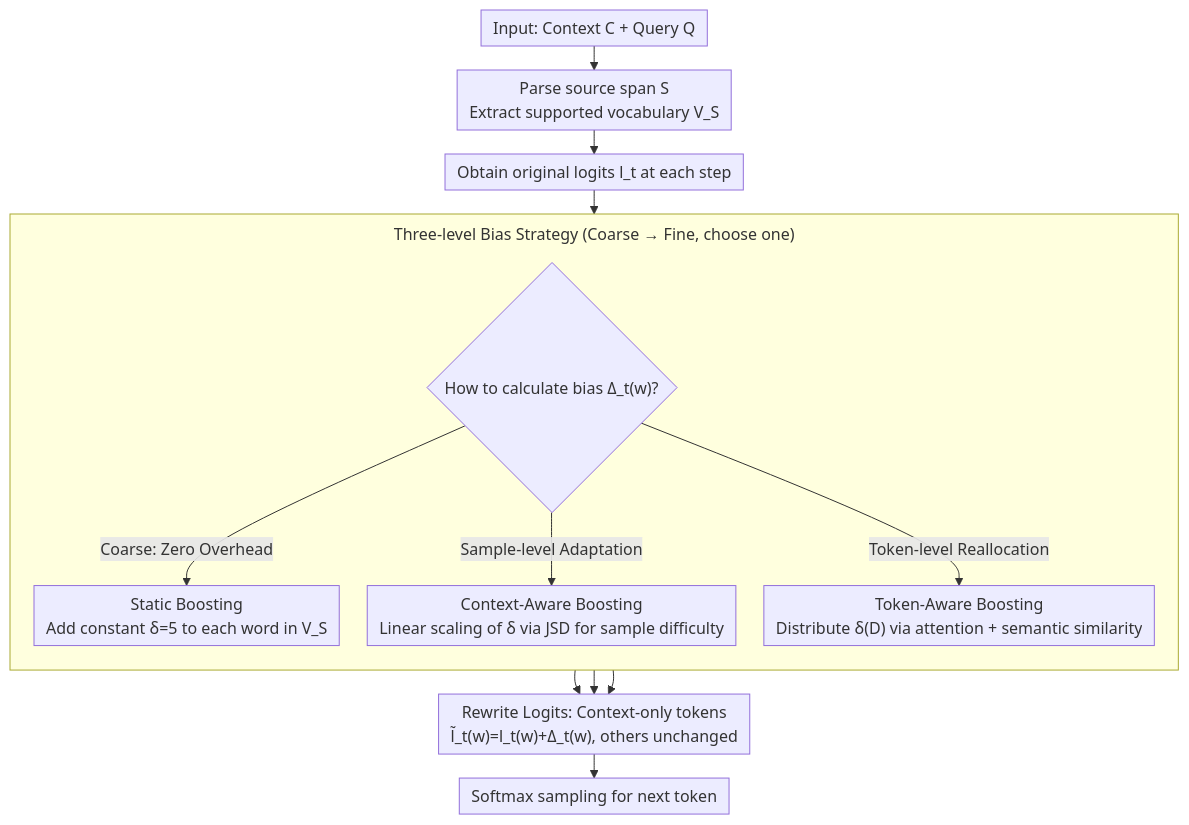
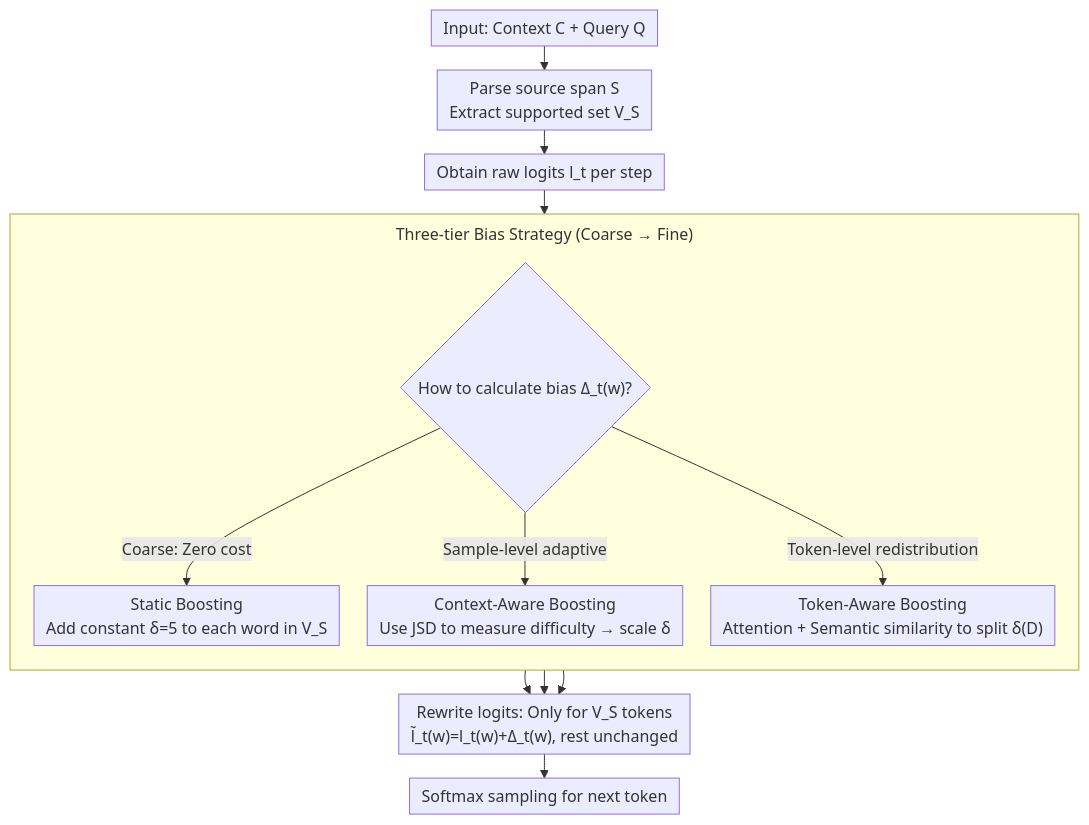
Before and after one commit to zhaoyang97/Paper-Notes-en: the diagram in docs/ACL2026/llm_safety/context-fidelity_boosting_enhancing_faithful_generation_through_watermark-inspir.md, drawn with Mermaid. The commit also changed other lines of this file and 5084 other files, not shown here.

````diff
--- a/docs/ACL2026/llm_safety/context-fidelity_boosting_enhancing_faithful_generation_through_watermark-inspir.md
+++ b/docs/ACL2026/llm_safety/context-fidelity_boosting_enhancing_faithful_generation_through_watermark-inspir.md
@@ -47,17 +47,17 @@
 ```mermaid
 %%{init: {'flowchart': {'rankSpacing': 24, 'nodeSpacing': 28, 'padding': 6, 'wrappingWidth': 400, 'subGraphTitleMargin': {'top': 8, 'bottom': 16}}}}%%
 flowchart TD
-    A["Input: Context C + Query Q"] --> B["Parse source span S<br/>Extract supported vocabulary V_S"]
-    B --> C["Obtain original logits l_t at each step"]
+    A["Input: Context C + Query Q"] --> B["Parse source span S<br/>Extract supported set V_S"]
+    B --> C["Obtain raw logits l_t per step"]
     C --> D{"How to calculate bias Δ_t(w)?"}
-    subgraph BIAS["Three-level Bias Strategy (Coarse → Fine, choose one)"]
+    subgraph BIAS["Three-tier Bias Strategy (Coarse → Fine)"]
         direction TB
-        D -->|Coarse: Zero Overhead| E["Static Boosting<br/>Add constant δ=5 to each word in V_S"]
-        D -->|Sample-level Adaptation| F["Context-Aware Boosting<br/>Linear scaling of δ via JSD for sample difficulty"]
-        D -->|Token-level Reallocation| G["Token-Aware Boosting<br/>Distribute δ(D) via attention + semantic similarity"]
+        D -->|Coarse: Zero cost| E["Static Boosting<br/>Add constant δ=5 to each word in V_S"]
+        D -->|Sample-level adaptive| F["Context-Aware Boosting<br/>Use JSD to measure difficulty → scale δ"]
+        D -->|Token-level redistribution| G["Token-Aware Boosting<br/>Attention + Semantic similarity to split δ(D)"]
     end
-    E --> H["Rewrite Logits: Context-only tokens<br/>l̃_t(w)=l_t(w)+Δ_t(w), others unchanged"]
+    E --> H["Rewrite logits: Only for V_S tokens<br/>l̃_t(w)=l_t(w)+Δ_t(w), rest unchanged"]
     F --> H
     G --> H
     H --> I["Softmax sampling for next token"]
 ```
````
